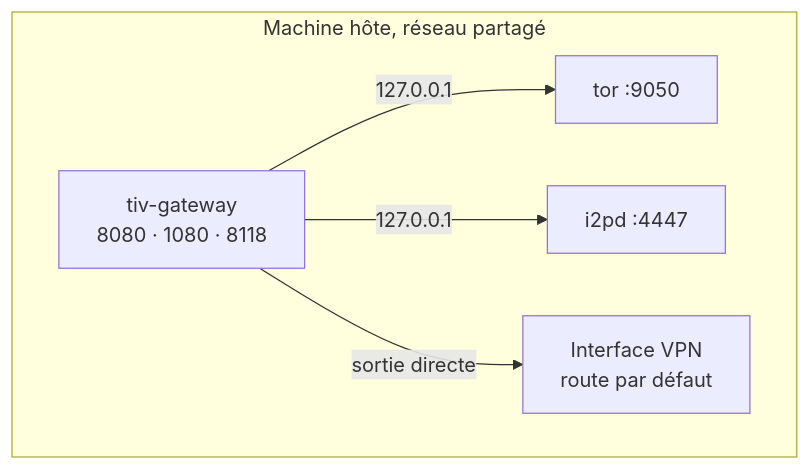
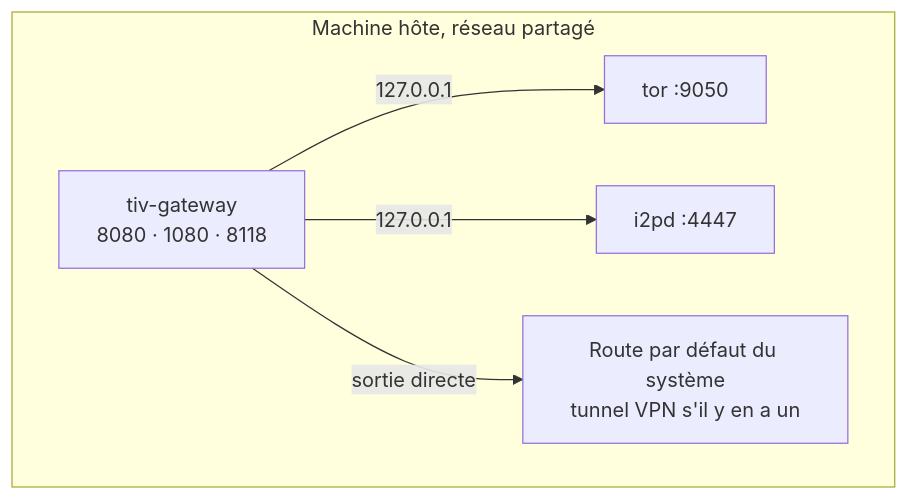
The third of 3 diagrams in README.md (venantvr-security/tor.i2p.vpn), drawn with Mermaid before and after one commit. The commit also changed other lines of this file and 19 other files, not shown here.

````diff
--- a/README.md
+++ b/README.md
@@ -177,12 +190,12 @@
 ```mermaid
 flowchart TB
     subgraph H["Machine hôte, réseau partagé"]
         G["tiv-gateway<br/>8080 · 1080 · 8118"]
         T["tor :9050"]
         I["i2pd :4447"]
-        V["Interface VPN<br/>route par défaut"]
+        V["Route par défaut du système<br/>tunnel VPN s'il y en a un"]
     end
     G -->|127.0.0.1| T
     G -->|127.0.0.1| I
     G -->|sortie directe| V
 ```
````
